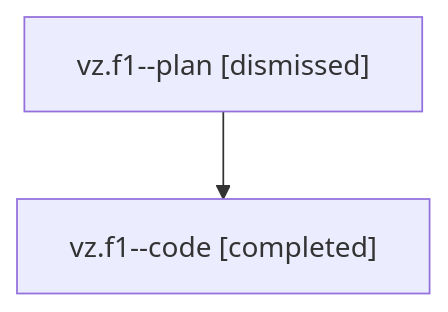
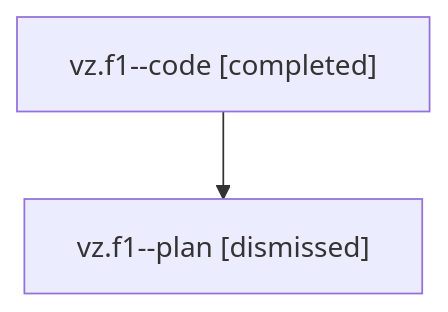
One commit to bobs-org/bob-cli--agents changed the diagram in families/bbugyi200.athena.vz.f1.md. Above: the diagram before and after it, drawn with Mermaid. The commit also changed 74 other files, not shown here.

````diff
--- a/families/bbugyi200.athena.vz.f1.md
+++ b/families/bbugyi200.athena.vz.f1.md
@@ -9,6 +9,6 @@
 ```mermaid
 flowchart TD
-  n0["vz.f1--plan [dismissed]"]
-  n1["vz.f1--code [completed]"]
+  n0["vz.f1--code [completed]"]
+  n1["vz.f1--plan [dismissed]"]
   n0 --> n1
 ```
````
